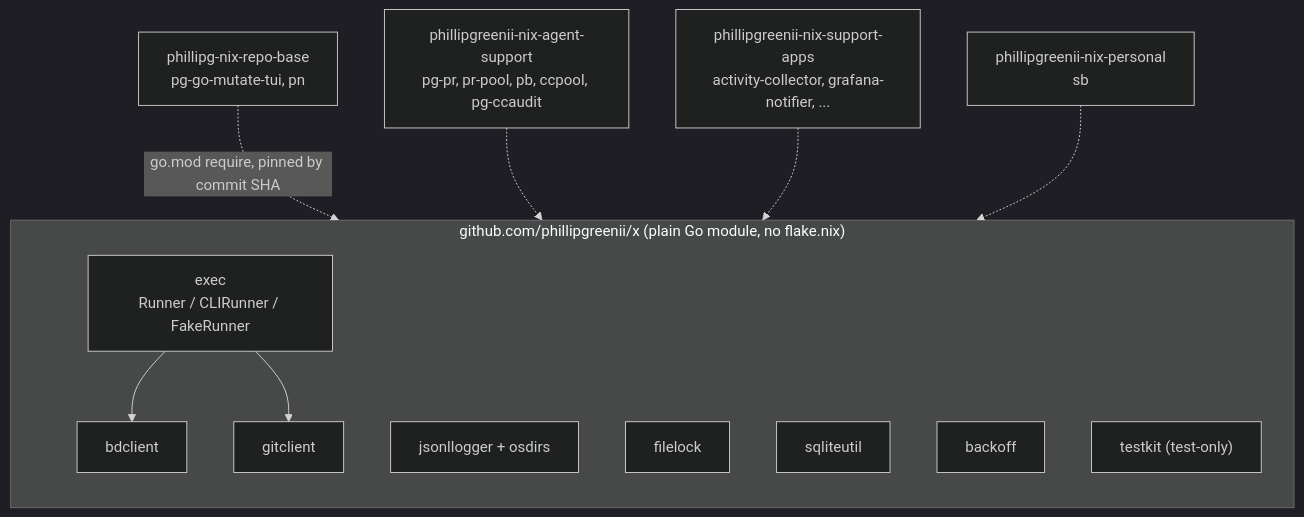
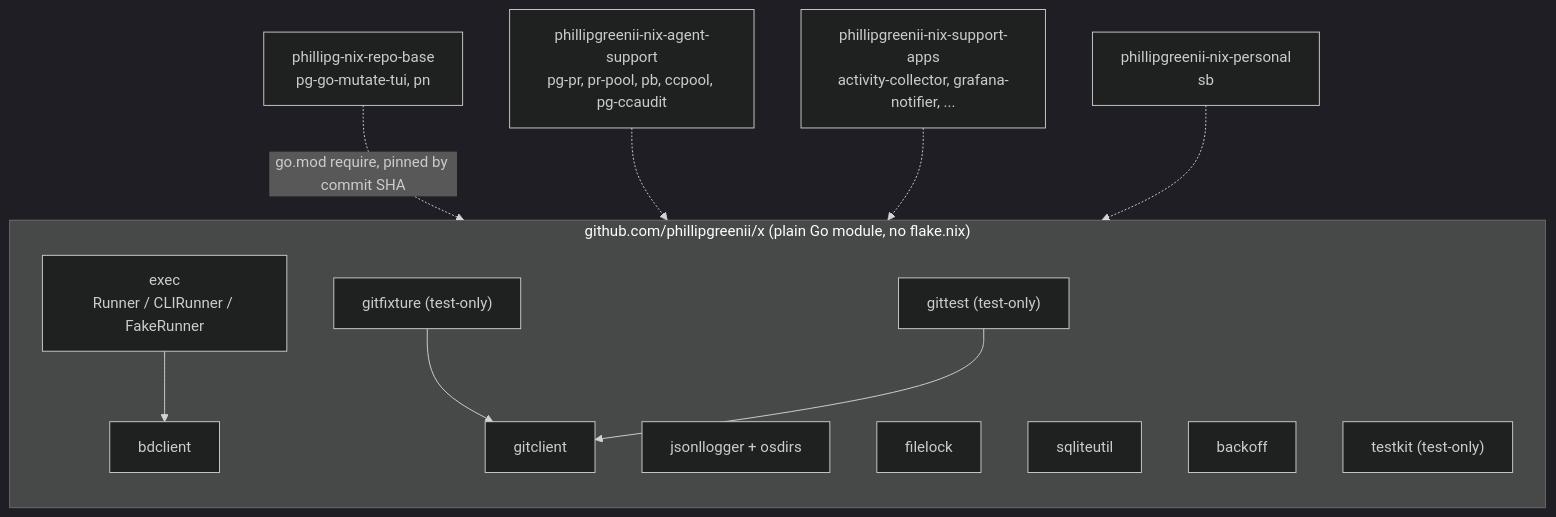
Before and after one commit to phillipgreenii/nix-repo-base: the first of 2 diagrams in docs/superpowers/specs/2026-08-25-go-support-design.md, drawn with Mermaid (dark theme). The commit also changed other lines of this file, not shown here.

````diff
--- a/docs/superpowers/specs/2026-08-25-go-support-design.md
+++ b/docs/superpowers/specs/2026-08-25-go-support-design.md
@@ -78,20 +79,23 @@
 ```mermaid
 flowchart TB
     subgraph x["github.com/phillipgreenii/x (plain Go module, no flake.nix)"]
         direction TB
         exec["exec\nRunner / CLIRunner / FakeRunner"]
         bdclient["bdclient"]
         gitclient["gitclient"]
         jsonllogger["jsonllogger + osdirs"]
         filelock["filelock"]
         sqliteutil["sqliteutil"]
         backoff["backoff"]
         testkit["testkit (test-only)"]
+        gitfixture["gitfixture (test-only)"]
+        gittest["gittest (test-only)"]
         exec --> bdclient
-        exec --> gitclient
+        gitfixture --> gitclient
+        gittest --> gitclient
     end
     repobase["phillipg-nix-repo-base\npg-go-mutate-tui, pn"] -.->|go.mod require, pinned by commit SHA| x
     agentsupport["phillipgreenii-nix-agent-support\npg-pr, pr-pool, pb, ccpool, pg-ccaudit"] -.-> x
     supportapps["phillipgreenii-nix-support-apps\nactivity-collector, grafana-notifier, ..."] -.-> x
     personal["phillipgreenii-nix-personal\nsb"] -.-> x
 ```
````
